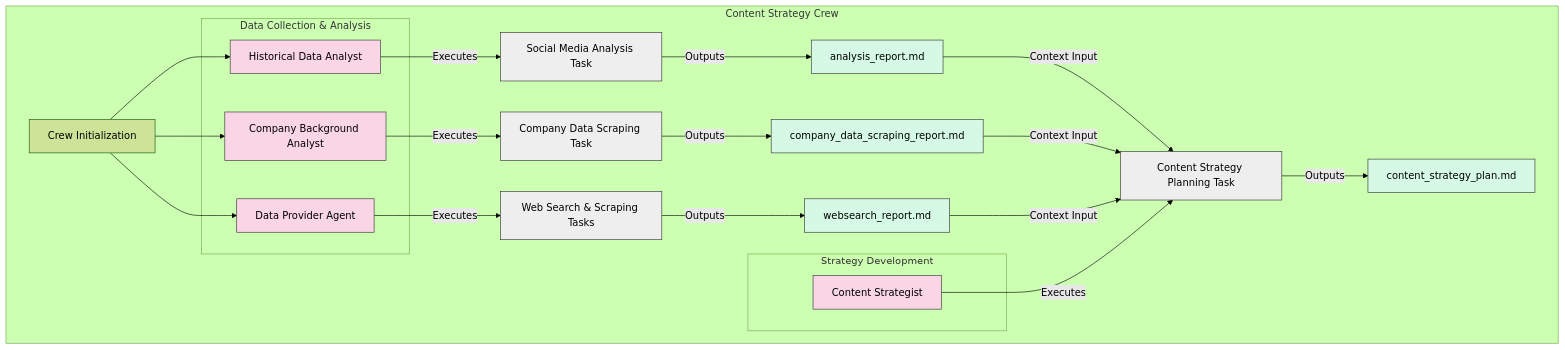
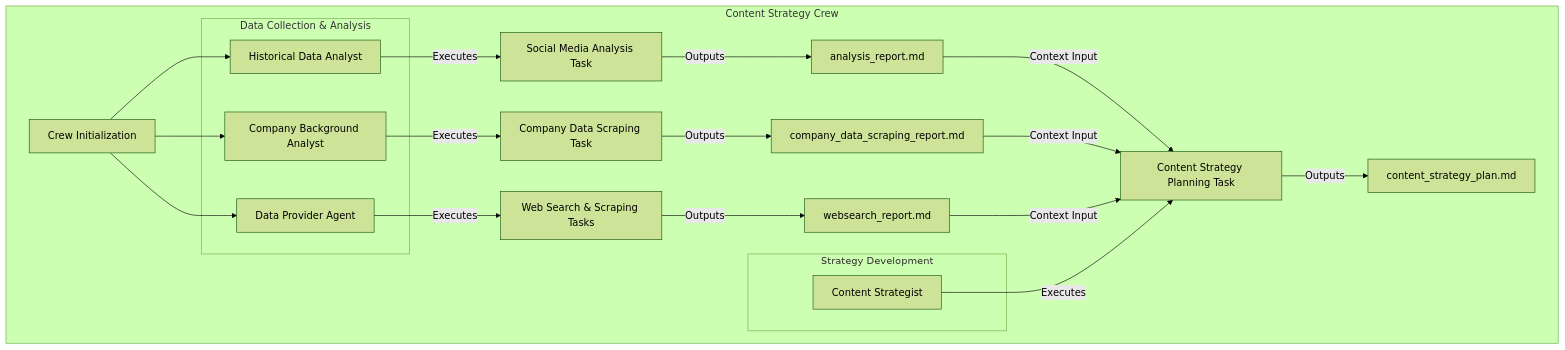
The first of 2 diagrams in README.md (Kavirubc/cc_agent), drawn with Mermaid (forest theme) before and after one commit.

Commit message:
Remove redundant class definitions from the diagram in README.md for improved clarity and maintainability.

````diff
--- a/README.md
+++ b/README.md
@@ -9,43 +9,35 @@
 ```mermaid
 graph TD
     subgraph "Content Strategy Crew"
         A[Crew Initialization]
         
         subgraph "Data Collection & Analysis"
             B[Historical Data Analyst]
             C[Company Background Analyst]
             D[Data Provider Agent]
         end
         
         subgraph "Strategy Development"
             E[Content Strategist]
         end
         
         A --> B
         A --> C
         A --> D
         
         B -->|Executes| F[Social Media Analysis Task]
         C -->|Executes| G[Company Data Scraping Task]
         D -->|Executes| H[Web Search & Scraping Tasks]
         
         F -->|Outputs| I[analysis_report.md]
         G -->|Outputs| J[company_data_scraping_report.md]
         H -->|Outputs| K[websearch_report.md]
         
         I -->|Context Input| L[Content Strategy Planning Task]
         J -->|Context Input| L
         K -->|Context Input| L
         
         E -->|Executes| L
         L -->|Outputs| M[content_strategy_plan.md]
     end
-    
-    classDef agent fill:#f9d5e5,stroke:#333,stroke-width:1px;
-    classDef task fill:#eeeeee,stroke:#333,stroke-width:1px;
-    classDef output fill:#d5f9e5,stroke:#333,stroke-width:1px;
-    
-    class B,C,D,E agent;
-    class F,G,H,L task;
-    class I,J,K,M output;
 ```
````
